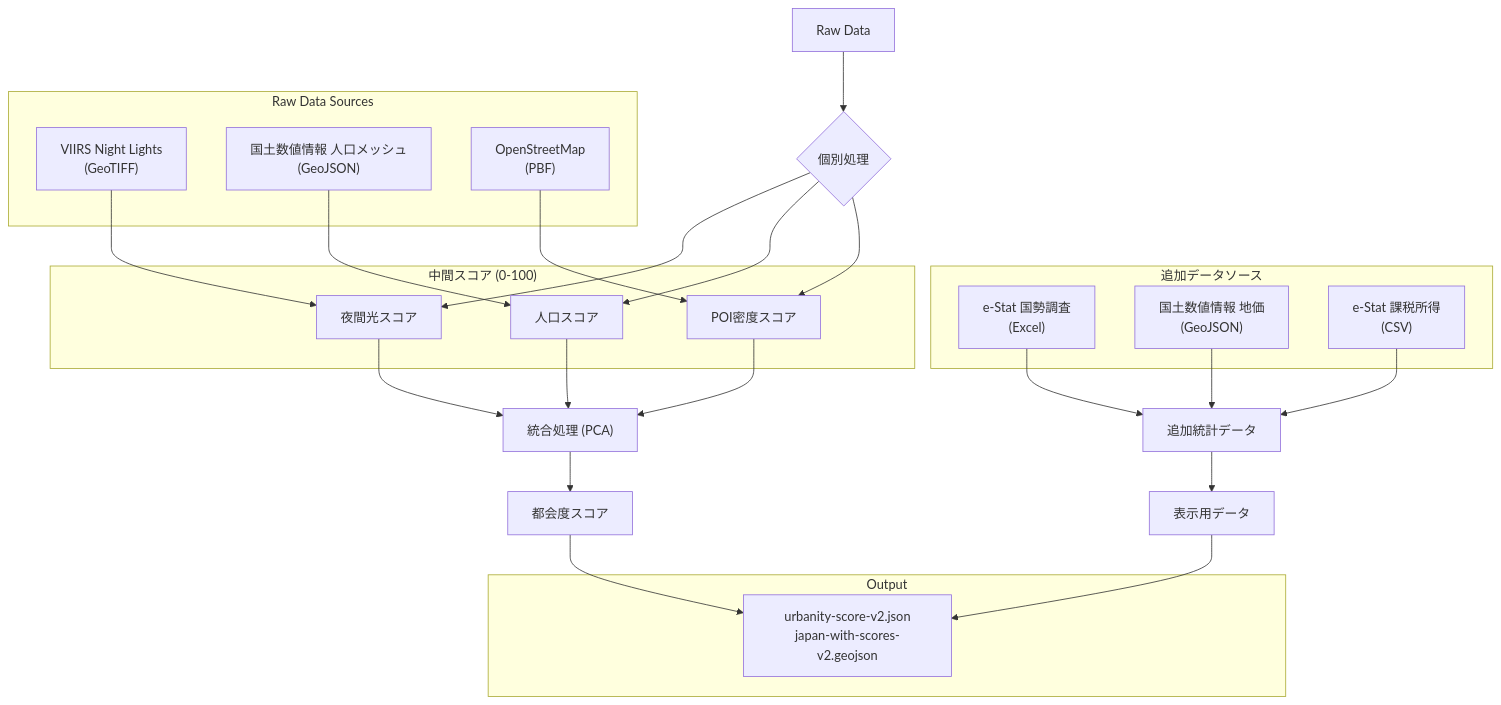
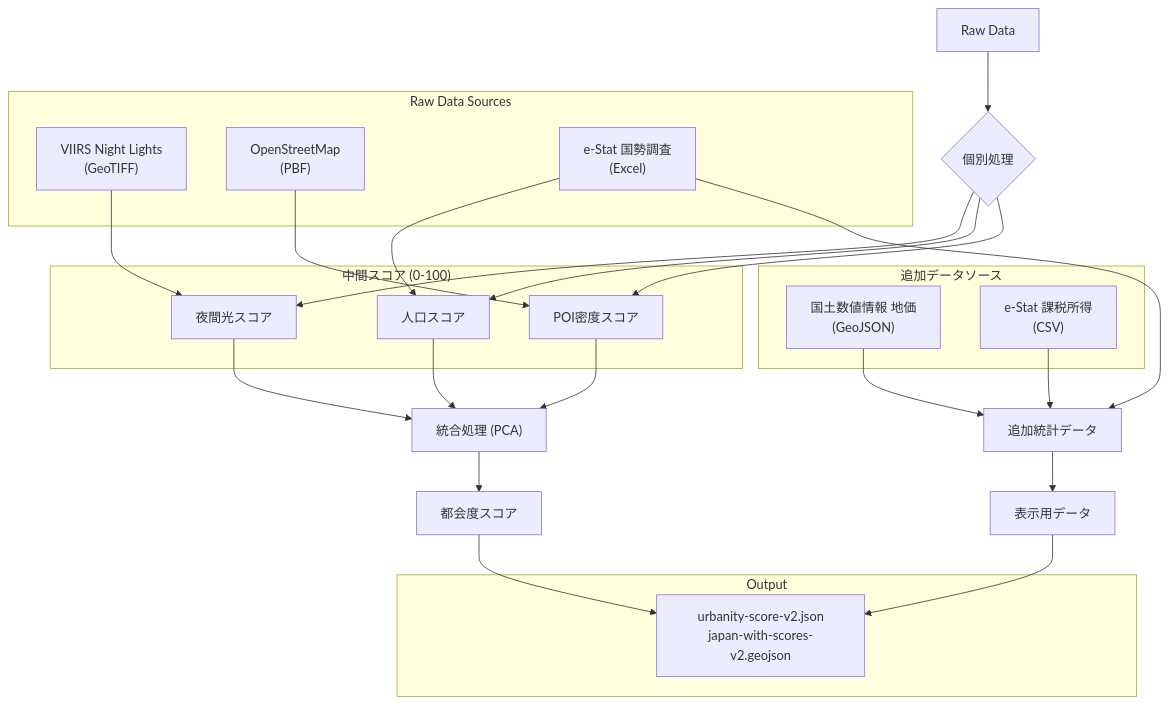
The diagram in docs/URBANITY_ALGORITHM.md (snp-model/urbanity-map), drawn with Mermaid before and after one commit. The commit also changed other lines of this file and 6 other files, not shown here.

````diff
--- a/docs/URBANITY_ALGORITHM.md
+++ b/docs/URBANITY_ALGORITHM.md
@@ -19,42 +19,42 @@
 ```mermaid
 graph TD
     A[Raw Data] --> B{個別処理}
     B --> C[夜間光スコア]
     B --> D[人口スコア]
     B --> E[POI密度スコア]
     C & D & E --> F["統合処理 (PCA)"]
     F --> G[都会度スコア]
 
     H[追加統計データ] --> I[表示用データ]
     G --> J[最終成果物]
     I --> J
 
     subgraph "Raw Data Sources"
         R1["VIIRS Night Lights<br>(GeoTIFF)"]
-        R2["国土数値情報 人口メッシュ<br>(GeoJSON)"]
         R3["OpenStreetMap<br>(PBF)"]
+        S1["e-Stat 国勢調査<br>(Excel)"]
     end
 
     subgraph "追加データソース"
-        S1["e-Stat 国勢調査<br>(Excel)"]
+        S1
         S2["国土数値情報 地価<br>(GeoJSON)"]
         S3["e-Stat 課税所得<br>(CSV)"]
     end
 
     subgraph "中間スコア (0-100)"
         C
         D
         E
     end
 
     subgraph "Output"
         J[urbanity-score-v2.json<br>japan-with-scores-v2.geojson]
     end
 
     R1 --> C
-    R2 --> D
+    S1 --> D
     R3 --> E
     S1 --> H
     S2 --> H
     S3 --> H
 ```
````
